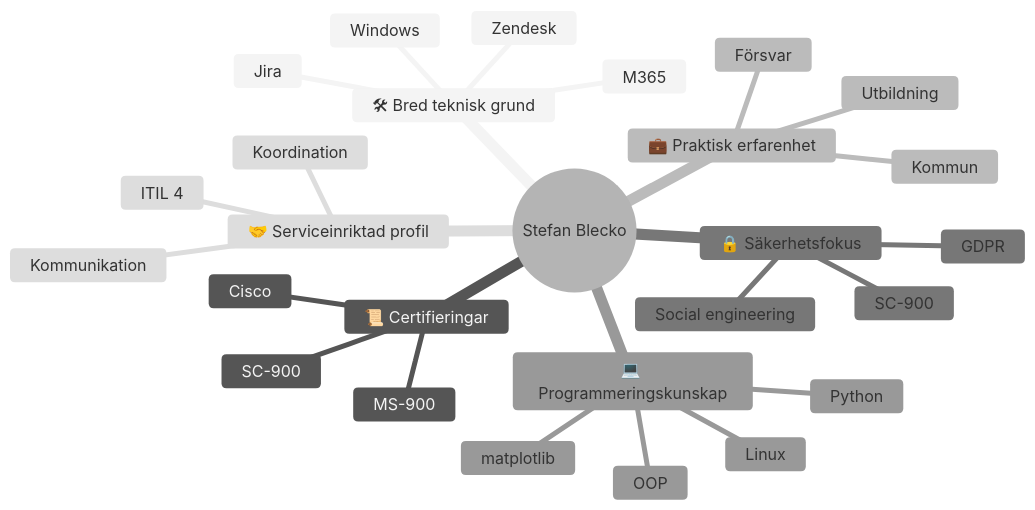
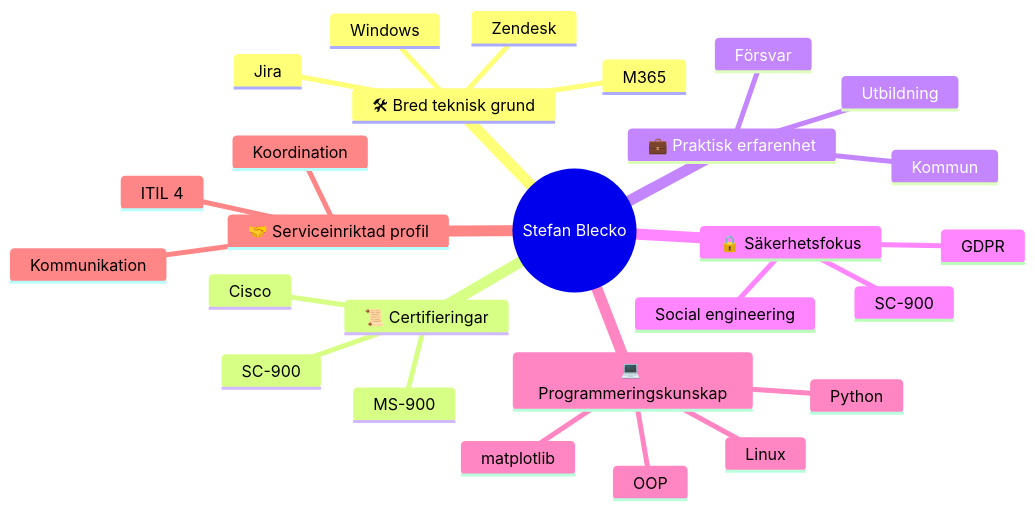
One commit to steble70/scriptlab changed the diagram in README.md. Above: the diagram before and after it, drawn with Mermaid.

````diff
--- a/README.md
+++ b/README.md
@@ -3,31 +3,31 @@
 ```mermaid
-%%{init: {'theme': 'neutral'}}%%
+%%{init: {'theme': 'default'}}%%
 mindmap
   root((Stefan Blecko))
     🛠 Bred teknisk grund
       Windows
       M365
       Zendesk
       Jira
     📜 Certifieringar
       MS-900
       SC-900
       Cisco
     💼 Praktisk erfarenhet
       Försvar
       Kommun
       Utbildning
     🔒 Säkerhetsfokus
       SC-900
       GDPR
       Social engineering
     💻 Programmeringskunskap
       Python
       OOP
       Linux
       matplotlib
     🤝 Serviceinriktad profil
       ITIL 4
       Koordination
       Kommunikation
 ```
````
